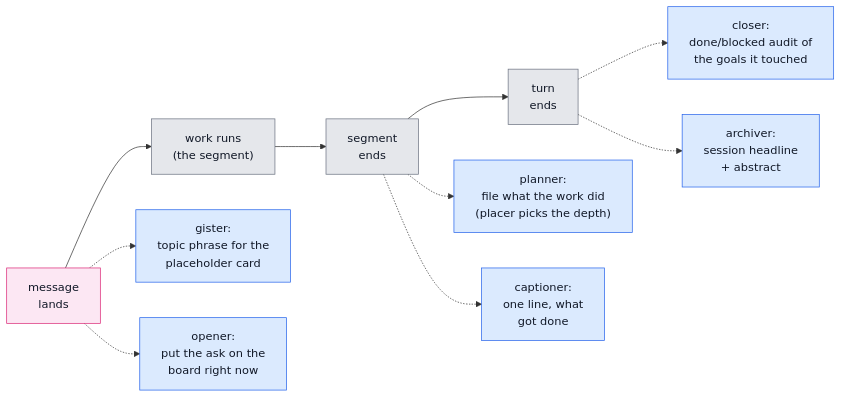
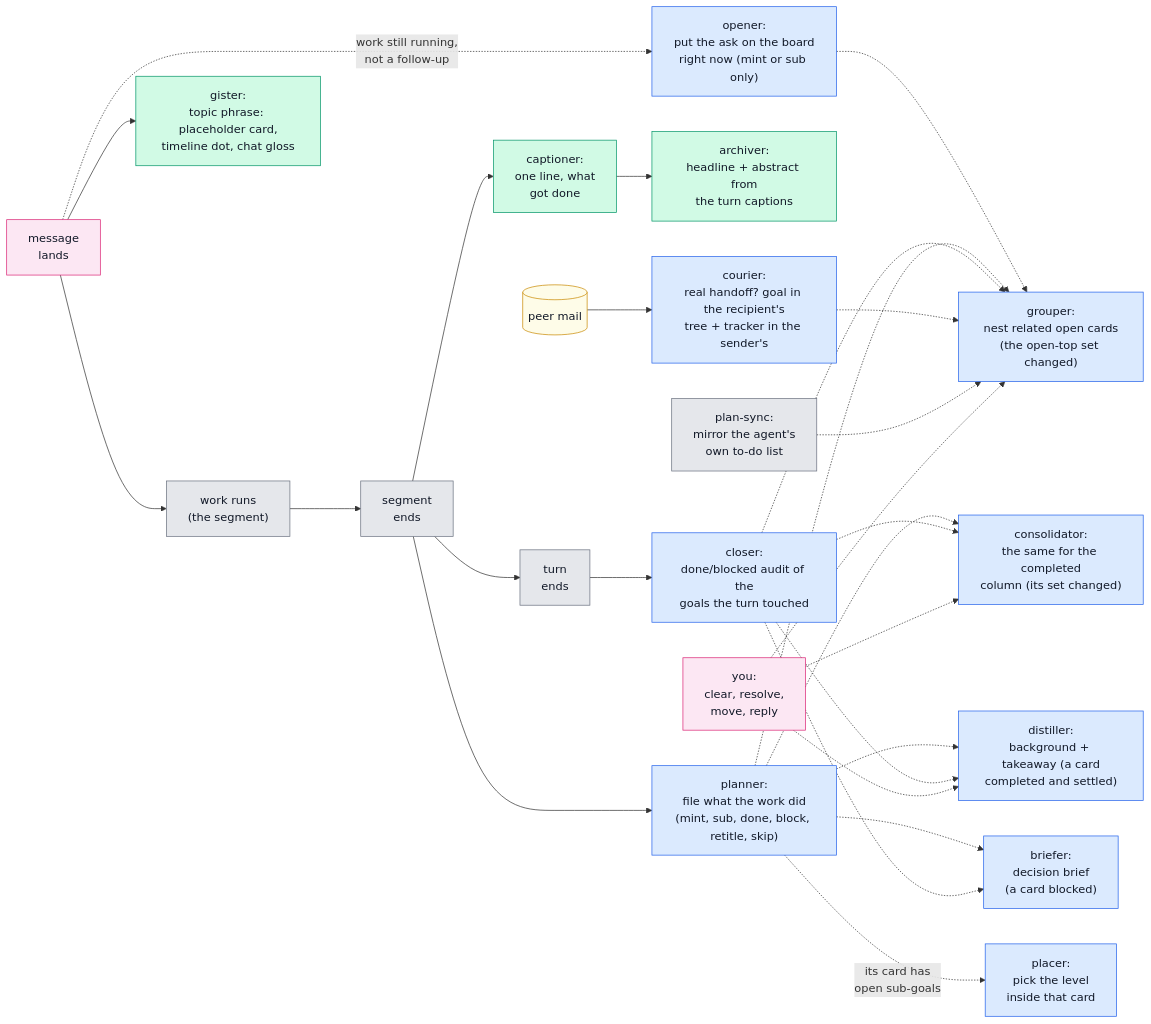
Before and after one commit to Chris-mian/romp: the second of 5 diagrams in docs/judge-pipeline.md, drawn with Mermaid. The commit also changed other lines of this file, not shown here.

Commit message:
judge docs: when-each-judge-runs figure becomes a full dependency graph
Nodes are the judges; solid edges always follow, dashed edges fire only on
their condition. The caption tier (gister, captioner, archiver) gets its own
green class, distinct from the board judges. New edges verified in code:
planner -> placer (the only placer caller; opener and live re-plan hard-place
at card level), captioner -> archiver (it reads the turn captions), and the
board-change fan-in: grouper follows opener/planner/closer/courier/plan-sync/
user actions via the open-top set signature, consolidator and distiller and
briefer via their own state gates.

````diff
--- a/docs/judge-pipeline.md
+++ b/docs/judge-pipeline.md
@@ -60,13 +65,23 @@
 ```mermaid
 flowchart LR
     M["message<br/>lands"]:::user --> W["work runs<br/>(the segment)"]:::det --> E["segment<br/>ends"]:::det --> X["turn<br/>ends"]:::det
-    M -.-> GI["gister:<br/>topic phrase for the<br/>placeholder card"]:::llm
-    M -.-> PP["opener:<br/>put the ask on the<br/>board right now"]:::llm
-    E -.-> PL["planner:<br/>file what the work did<br/>(placer picks the depth)"]:::llm
-    E -.-> CA["captioner:<br/>one line, what<br/>got done"]:::llm
-    X -.-> CL["closer:<br/>done/blocked audit of<br/>the goals it touched"]:::llm
-    X -.-> AR["archiver:<br/>session headline<br/>+ abstract"]:::llm
+    MAIL[("peer mail")]:::data --> CO["courier:<br/>real handoff? goal in the recipient's<br/>tree + tracker in the sender's"]:::llm
+    M --> GI["gister:<br/>topic phrase: placeholder card,<br/>timeline dot, chat gloss"]:::idx
+    E --> CA["captioner:<br/>one line, what<br/>got done"]:::idx
+    CA --> AR["archiver:<br/>headline + abstract from<br/>the turn captions"]:::idx
+    M -.->|"work still running,<br/>not a follow-up"| PP["opener:<br/>put the ask on the board<br/>right now (mint or sub only)"]:::llm
+    E --> PL["planner:<br/>file what the work did<br/>(mint, sub, done, block, retitle, skip)"]:::llm
+    PL -.->|"its card has<br/>open sub-goals"| PC["placer:<br/>pick the level<br/>inside that card"]:::llm
+    X --> CL["closer:<br/>done/blocked audit of the<br/>goals the turn touched"]:::llm
+    SYNC["plan-sync:<br/>mirror the agent's<br/>own to-do list"]:::det
+    YOU["you:<br/>clear, resolve,<br/>move, reply"]:::user
+    PP & PL & CL & CO & SYNC & YOU -.-> GR["grouper:<br/>nest related open cards<br/>(the open-top set changed)"]:::llm
+    PL & CL & YOU -.-> CN["consolidator:<br/>the same for the completed<br/>column (its set changed)"]:::llm
+    PL & CL & YOU -.-> DI["distiller:<br/>background + takeaway (a card<br/>completed and settled)"]:::llm
+    PL & CL -.-> BR["briefer:<br/>decision brief<br/>(a card blocked)"]:::llm
     classDef llm fill:#dbeafe,stroke:#2563eb,color:#111827
+    classDef idx fill:#d1fae5,stroke:#059669,color:#111827
     classDef det fill:#e5e7eb,stroke:#6b7280,color:#111827
+    classDef data fill:#fefce8,stroke:#ca8a04,color:#111827
     classDef user fill:#fce7f3,stroke:#db2777,color:#111827
 ```
````
